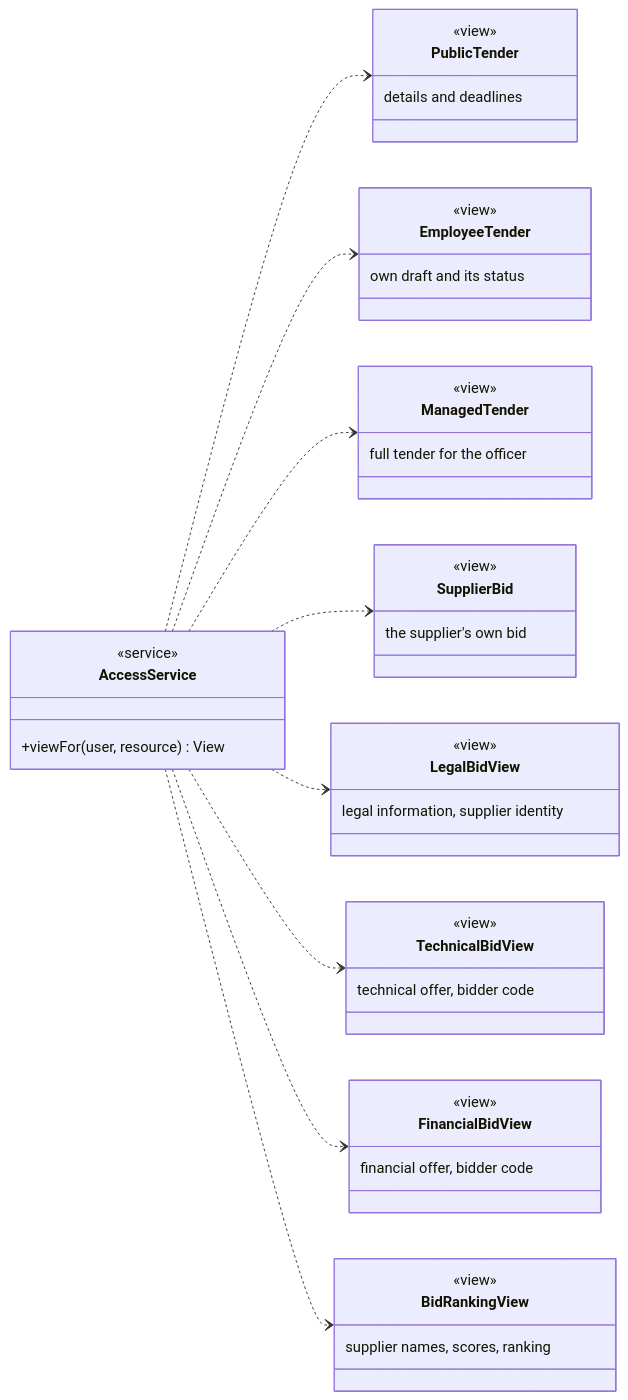
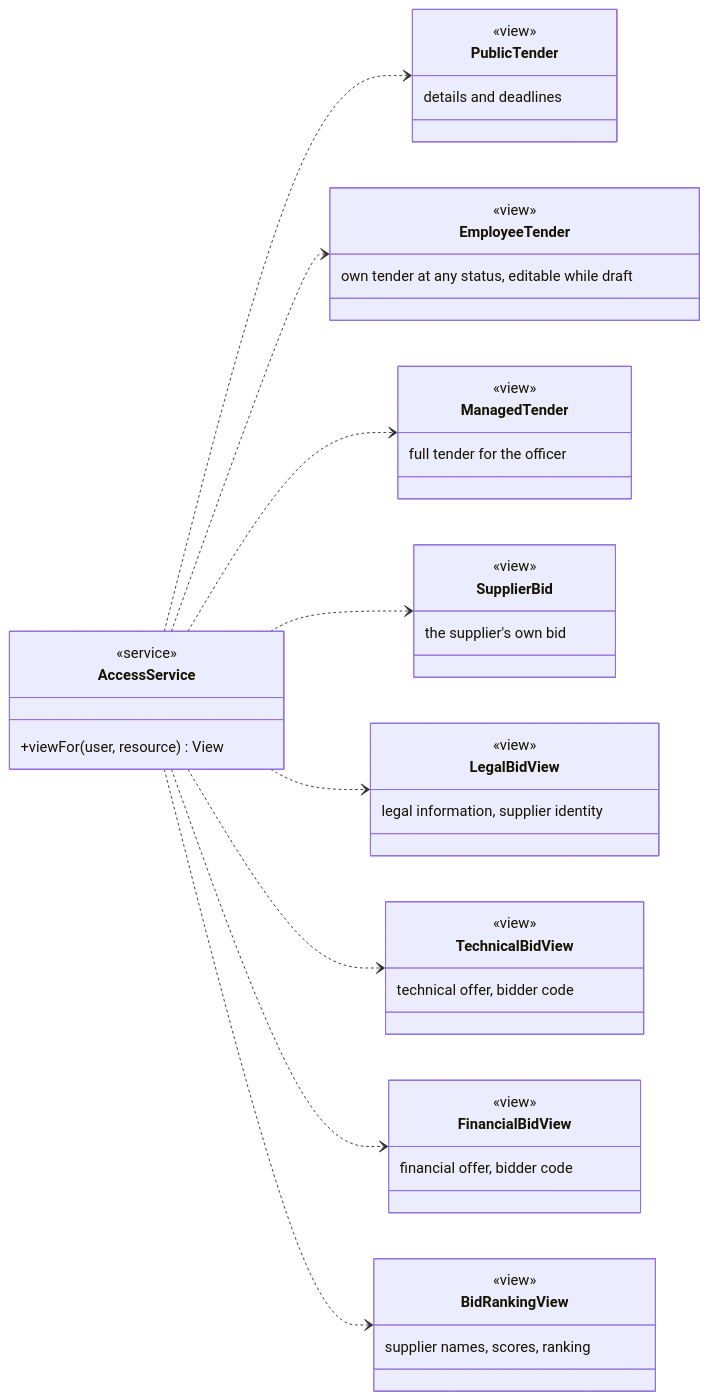
One commit to majedhmoud/b4f-akf-tender-supplier-management changed the third of 3 diagrams in docs/05_ARCHITECTURE/CLASS_DIAGRAM.md. Above: the diagram before and after it, drawn with Mermaid. The commit also changed other lines of this file and 6 other files, not shown here.

````diff
--- a/docs/05_ARCHITECTURE/CLASS_DIAGRAM.md
+++ b/docs/05_ARCHITECTURE/CLASS_DIAGRAM.md
@@ -243,48 +247,48 @@
 ```mermaid
 classDiagram
   direction LR
   class AccessService {
     <<service>>
     +viewFor(user, resource) View
   }
   class PublicTender {
     <<view>>
     details and deadlines
   }
   class EmployeeTender {
     <<view>>
-    own draft and its status
+    own tender at any status, editable while draft
   }
   class ManagedTender {
     <<view>>
     full tender for the officer
   }
   class SupplierBid {
     <<view>>
     the supplier's own bid
   }
   class LegalBidView {
     <<view>>
     legal information, supplier identity
   }
   class TechnicalBidView {
     <<view>>
     technical offer, bidder code
   }
   class FinancialBidView {
     <<view>>
     financial offer, bidder code
   }
   class BidRankingView {
     <<view>>
     supplier names, scores, ranking
   }
   AccessService ..> PublicTender
   AccessService ..> EmployeeTender
   AccessService ..> ManagedTender
   AccessService ..> SupplierBid
   AccessService ..> LegalBidView
   AccessService ..> TechnicalBidView
   AccessService ..> FinancialBidView
   AccessService ..> BidRankingView
 ```
````
